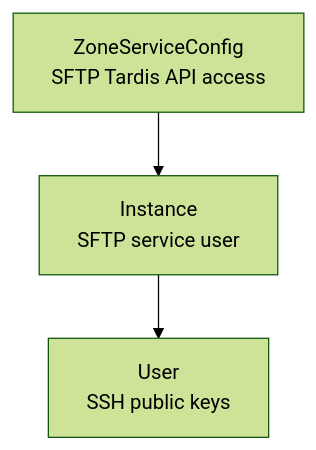
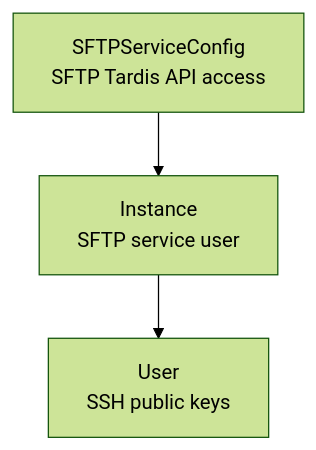
One commit to telekom/controlplane changed the diagram in docs/docs/architecture/sftp.mdx. Above: the diagram before and after it, drawn with Mermaid (forest theme). The commit also changed other lines of this file and 33 other files, not shown here.

Commit message:
fix(sftp): rename ZoneServiceConfig to SFTPServiceConfig

````diff
--- a/docs/docs/architecture/sftp.mdx
+++ b/docs/docs/architecture/sftp.mdx
@@ -23,9 +23,9 @@
 ```mermaid
 graph TD
-    ZoneServiceConfig["ZoneServiceConfig<br/>SFTP Tardis API access"]
+    SFTPServiceConfig["SFTPServiceConfig<br/>SFTP Tardis API access"]
     Instance["Instance<br/>SFTP service user"]
     User["User<br/>SSH public keys"]
 
-    ZoneServiceConfig --> Instance
+    SFTPServiceConfig --> Instance
     Instance --> User
 ```
````
